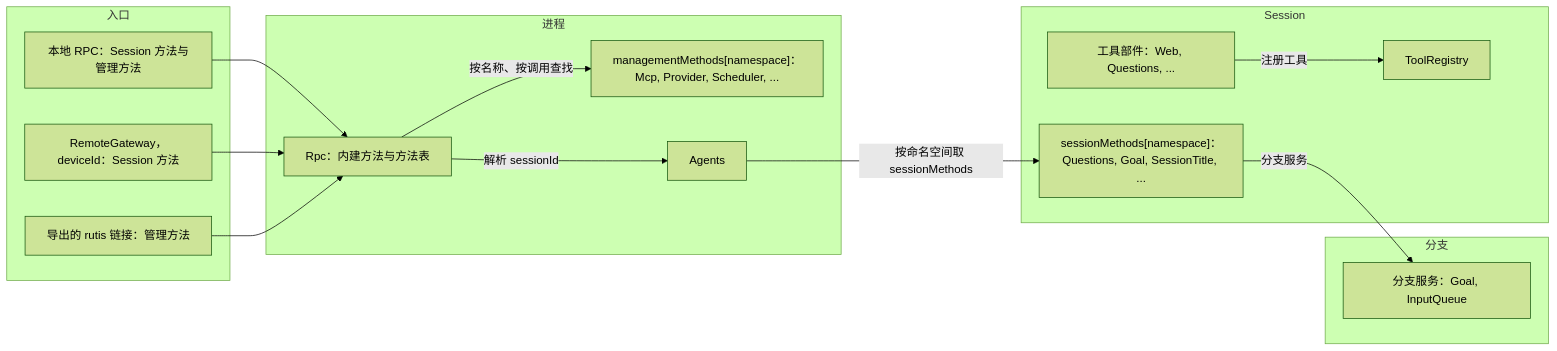
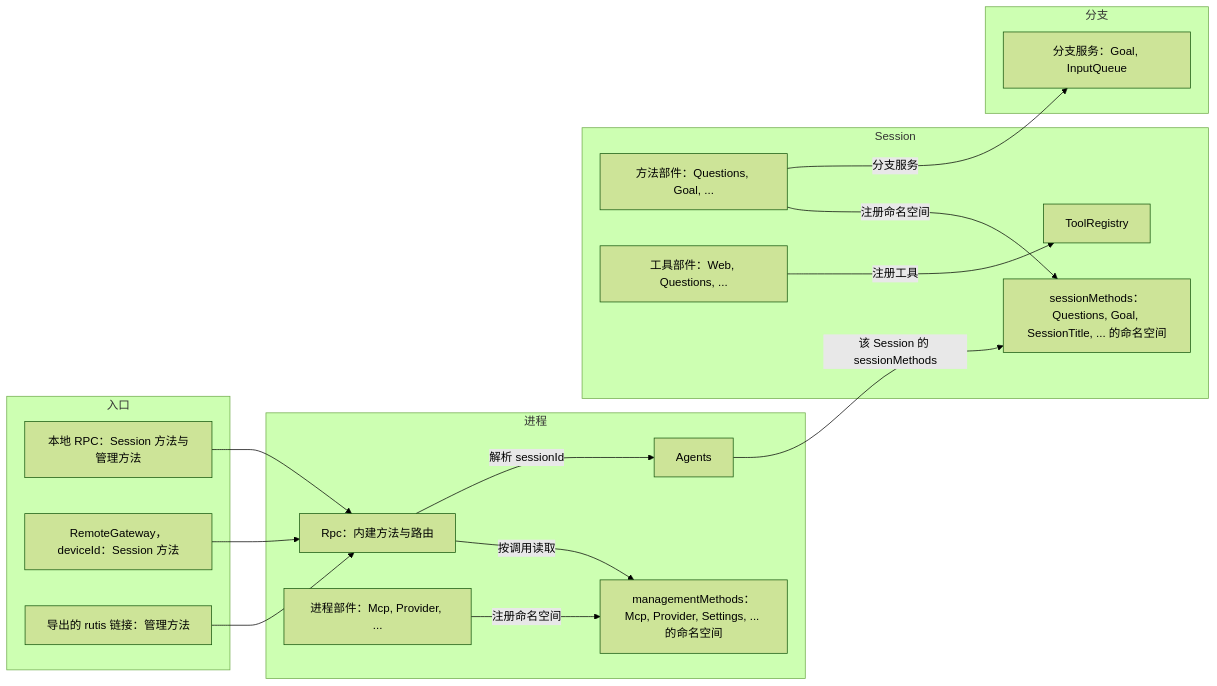
The first of 3 diagrams in docs/zh/design/contracts/session-boundary.md (CoutinhoTTS/dim-agent), drawn with Mermaid (forest theme) before and after one commit. The commit also changed other lines of this file and 163 other files, not shown here.

````diff
--- a/docs/zh/design/contracts/session-boundary.md
+++ b/docs/zh/design/contracts/session-boundary.md
@@ -21,29 +21,33 @@
 ```mermaid
 flowchart LR
   subgraph ENT["入口"]
     Local["本地 RPC：Session 方法与管理方法"]
     Remote["RemoteGateway，deviceId：Session 方法"]
     Link["导出的 rutis 链接：管理方法"]
   end
   subgraph PROC["进程"]
-    Rpc["Rpc：内建方法与方法表"]
-    MM["managementMethods[namespace]：Mcp, Provider, Scheduler, ..."]
+    Rpc["Rpc：内建方法与路由"]
+    MM["managementMethods：Mcp, Provider, Settings, ... 的命名空间"]
+    PP["进程部件：Mcp, Provider, ..."]
     AI["Agents"]
   end
   subgraph SES["Session"]
-    SM["sessionMethods[namespace]：Questions, Goal, SessionTitle, ..."]
+    SM["sessionMethods：Questions, Goal, SessionTitle, ... 的命名空间"]
+    MP["方法部件：Questions, Goal, ..."]
     TR["ToolRegistry"]
     TC2["工具部件：Web, Questions, ..."]
   end
   subgraph BR["分支"]
     BS["分支服务：Goal, InputQueue"]
   end
   Local --> Rpc
   Remote --> Rpc
   Link --> Rpc
-  Rpc -->|"按名称、按调用查找"| MM
+  PP -->|"注册命名空间"| MM
+  MP -->|"注册命名空间"| SM
+  Rpc -->|"按调用读取"| MM
   Rpc -->|"解析 sessionId"| AI
-  AI -->|"按命名空间取 sessionMethods"| SM
-  SM -->|"分支服务"| BS
+  AI -->|"该 Session 的 sessionMethods"| SM
+  MP -->|"分支服务"| BS
   TC2 -->|"注册工具"| TR
 ```
````
